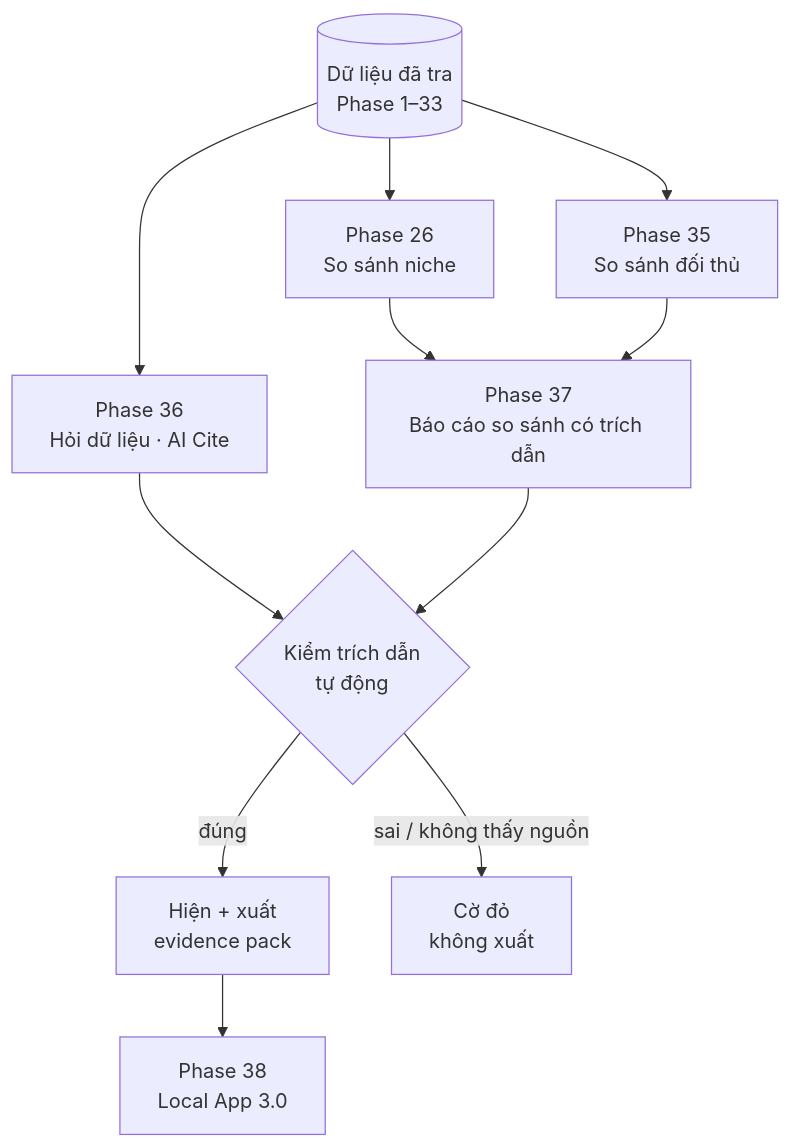
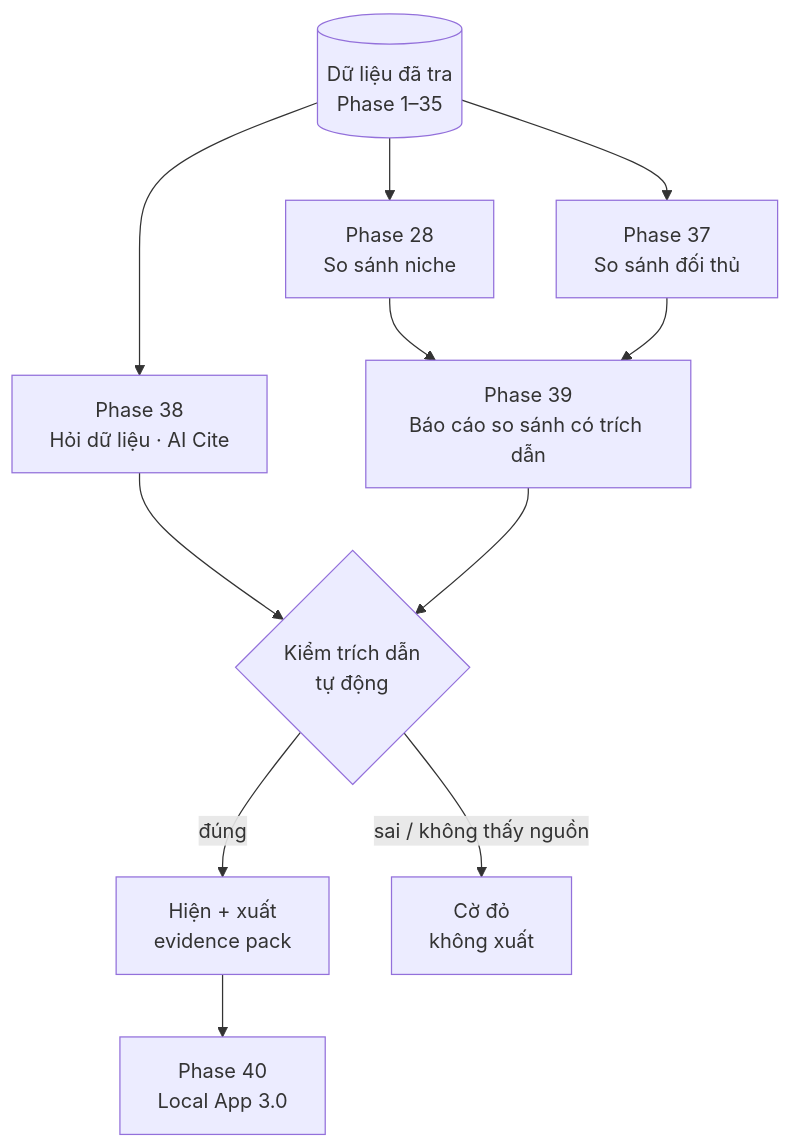
The diagram in docs/web/version-3.md (nvminhtu/niche-radar-docs), drawn with Mermaid before and after one commit. The commit also changed other lines of this file and 298 other files, not shown here.

````diff
--- a/docs/web/version-3.md
+++ b/docs/web/version-3.md
@@ -23,12 +23,12 @@
 ```mermaid
 flowchart TB
-  DB[(Dữ liệu đã tra<br/>Phase 1–33)] --> N[Phase 26<br/>So sánh niche]
-  DB --> C[Phase 35<br/>So sánh đối thủ]
-  DB --> Q[Phase 36<br/>Hỏi dữ liệu · AI Cite]
-  N & C --> R[Phase 37<br/>Báo cáo so sánh có trích dẫn]
+  DB[(Dữ liệu đã tra<br/>Phase 1–35)] --> N[Phase 28<br/>So sánh niche]
+  DB --> C[Phase 37<br/>So sánh đối thủ]
+  DB --> Q[Phase 38<br/>Hỏi dữ liệu · AI Cite]
+  N & C --> R[Phase 39<br/>Báo cáo so sánh có trích dẫn]
   Q --> V{Kiểm trích dẫn<br/>tự động}
   R --> V
   V -->|đúng| OK[Hiện + xuất<br/>evidence pack]
   V -->|sai / không thấy nguồn| X[Cờ đỏ<br/>không xuất]
-  OK --> L[Phase 38<br/>Local App 3.0]
+  OK --> L[Phase 40<br/>Local App 3.0]
 ```
````
